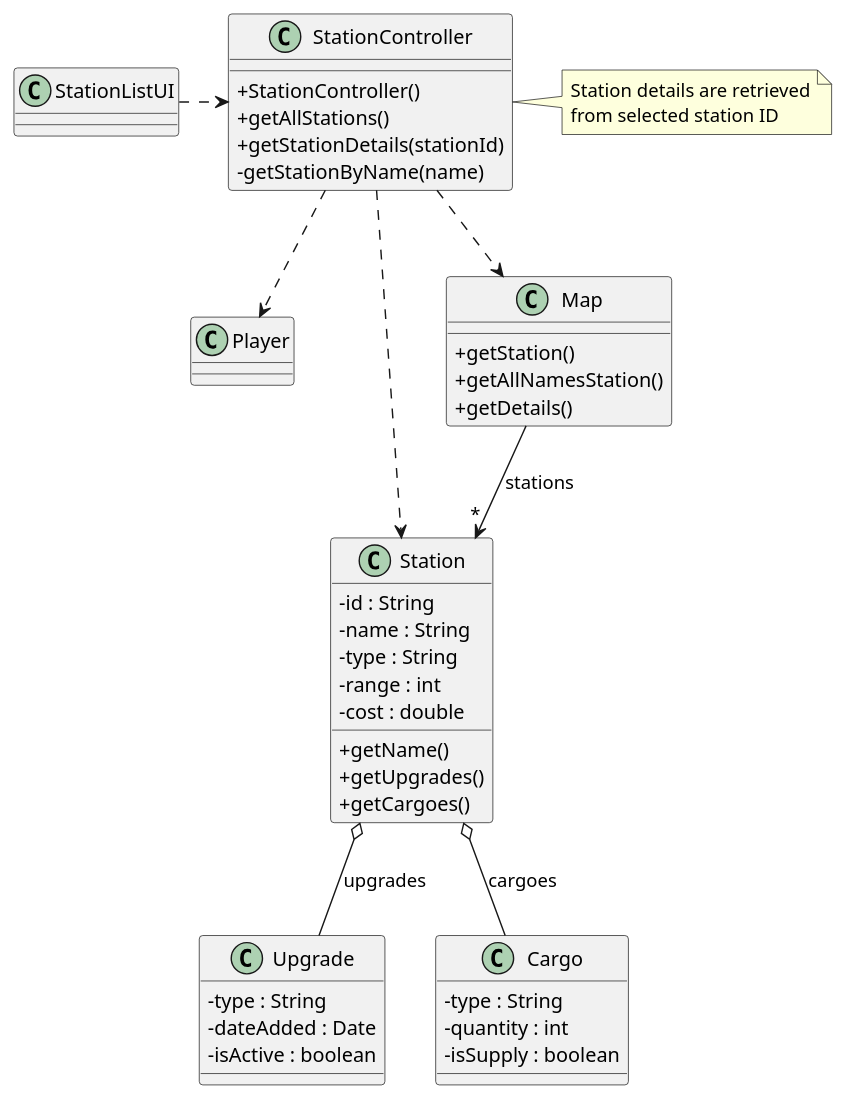
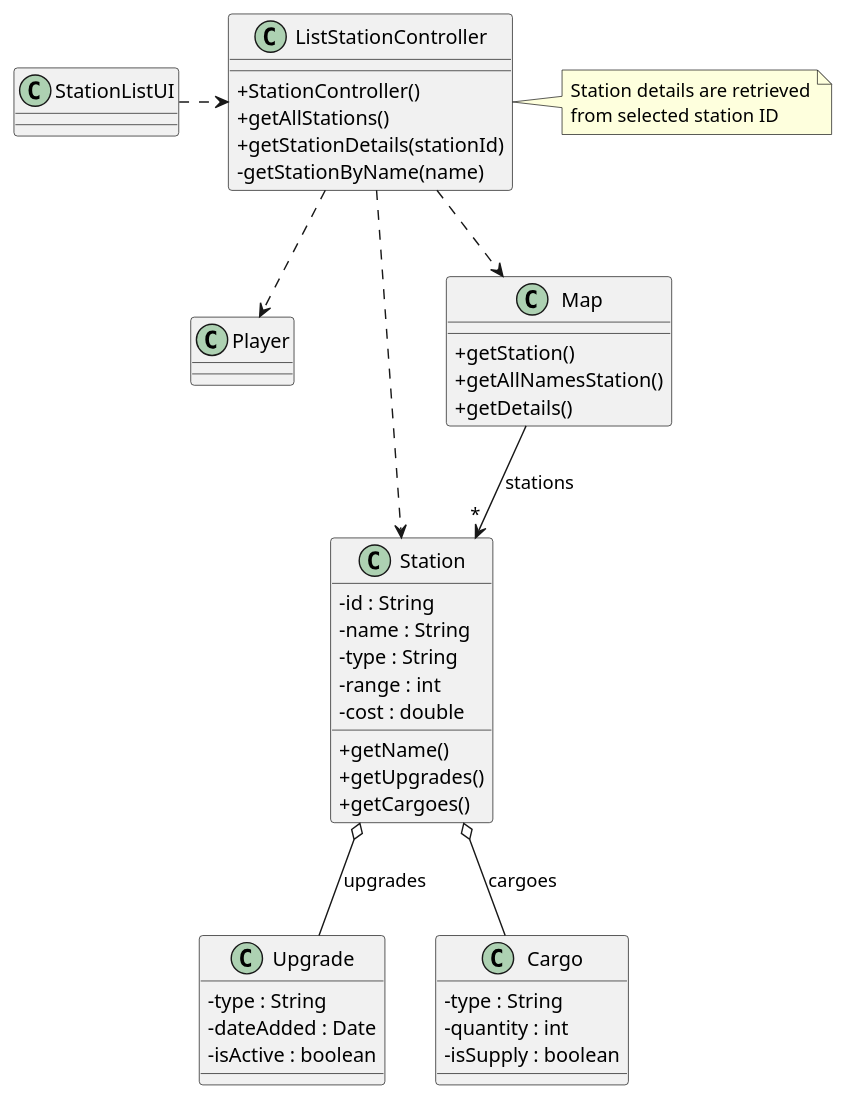
The diagram in docs/system-documentation/US007/03.design/puml/US007-CD.puml (1240826/empire-on-tracks), drawn with PlantUML before and after one commit. The commit also changed 4 other files, not shown here.

```diff
--- a/docs/system-documentation/US007/03.design/puml/US007-CD.puml
+++ b/docs/system-documentation/US007/03.design/puml/US007-CD.puml
@@ -1,79 +1,79 @@
 @startuml
 'skinparam monochrome true
 skinparam packageStyle rectangle
 skinparam shadowing false
 skinparam linetype polyline
 'skinparam linetype orto
 
 skinparam classAttributeIconSize 0
 
 'left to right direction
 
 class Player {
 }
 
 class Station {
     - id : String
     - name : String
     - type : String
     - range : int
     - cost : double
 
     + getName()
     + getUpgrades()
     + getCargoes()
 }
 
 class Upgrade {
     - type : String
     - dateAdded : Date
     - isActive : boolean
 }
 
 class Cargo {
     - type : String
     - quantity : int
     - isSupply : boolean
 }
 
 class Map {
     + getStation()
     + getAllNamesStation()
     + getDetails()
 }
 
 
-class StationController {
+class ListStationController {
     + StationController()
     + getAllStations()
     + getStationDetails(stationId)
     - getStationByName(name)
 }
 
-note right of StationController
+note right of ListStationController
     Station details are retrieved
     from selected station ID
 end note
 
 
 
 class StationListUI {
 }
 
 ' Relationships
-StationListUI .> StationController
+StationListUI .> ListStationController
 
-StationController ..> Player
-StationController ..> Station
-StationController ..> Map
+ListStationController ..> Player
+ListStationController ..> Station
+ListStationController ..> Map
 
 
 Map --> "*" Station : stations
 
 
 Station  o--  Upgrade : upgrades
 Station  o--  Cargo : cargoes
 
 
 
 @enduml
```
